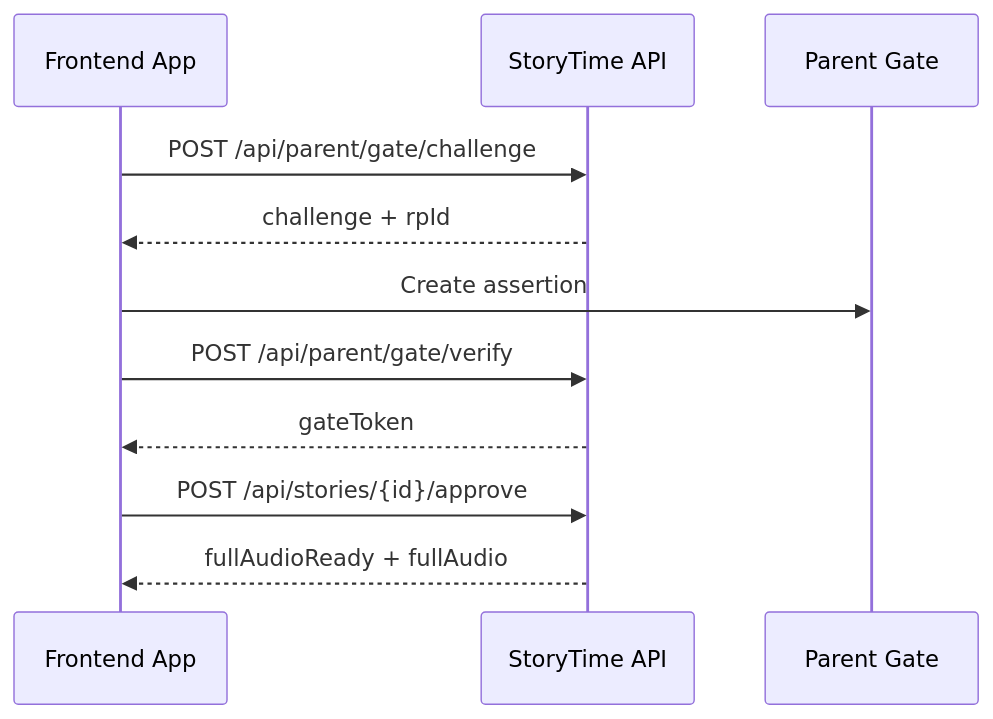
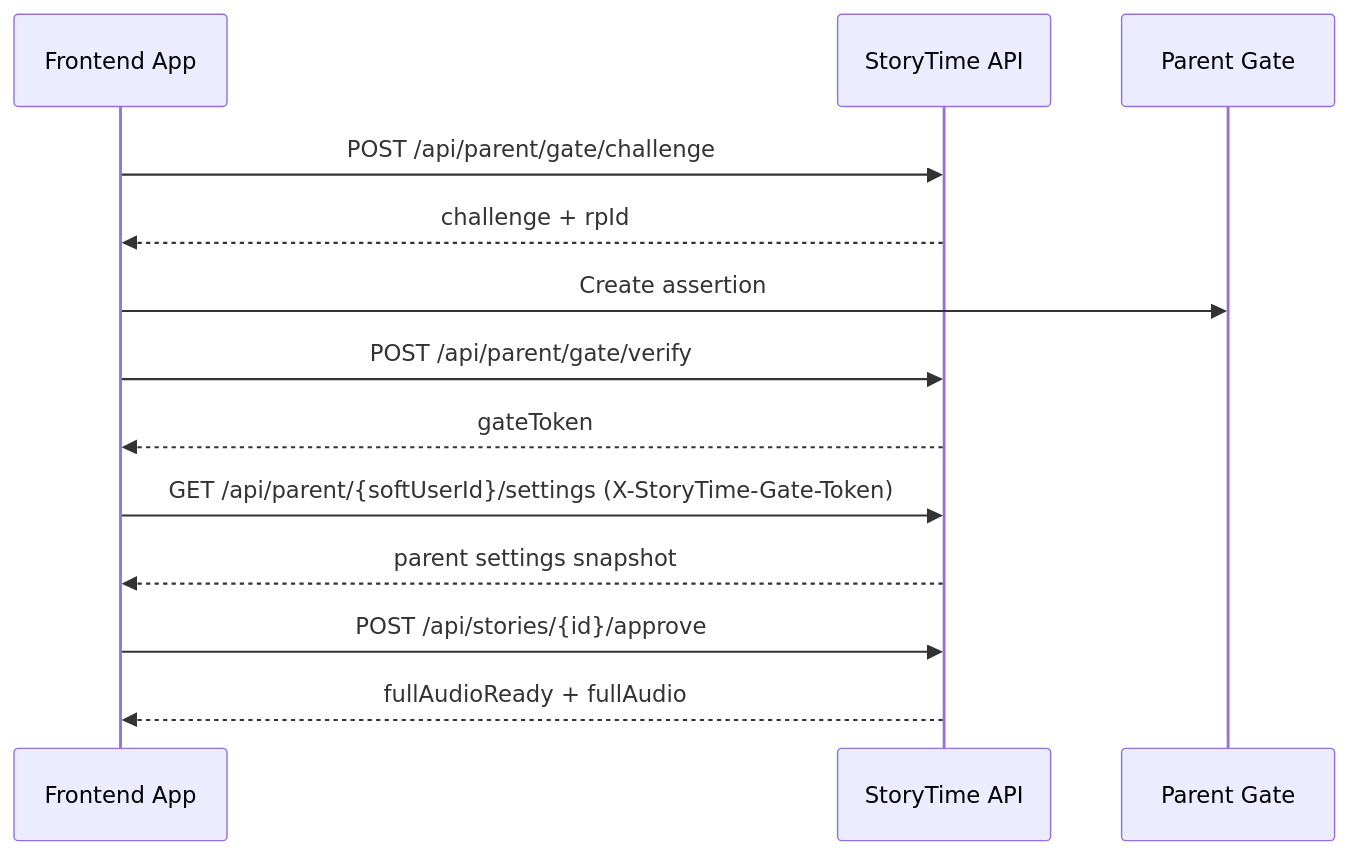
One commit to frostaura/fa.story-time changed the third of 5 diagrams in docs/sequence.md. Above: the diagram before and after it, drawn with Mermaid. The commit also changed other lines of this file and 93 other files, not shown here.

Commit message:
Refine StoryTime UX and verification coverage

````diff
--- a/docs/sequence.md
+++ b/docs/sequence.md
@@ -41,14 +42,16 @@
 ```mermaid
 sequenceDiagram
   participant UI as Frontend App
   participant API as StoryTime API
   participant Gate as Parent Gate
 
   UI->>API: POST /api/parent/gate/challenge
   API-->>UI: challenge + rpId
   UI->>Gate: Create assertion
   UI->>API: POST /api/parent/gate/verify
   API-->>UI: gateToken
+  UI->>API: GET /api/parent/{softUserId}/settings (X-StoryTime-Gate-Token)
+  API-->>UI: parent settings snapshot
   UI->>API: POST /api/stories/{id}/approve
   API-->>UI: fullAudioReady + fullAudio
 ```
````
